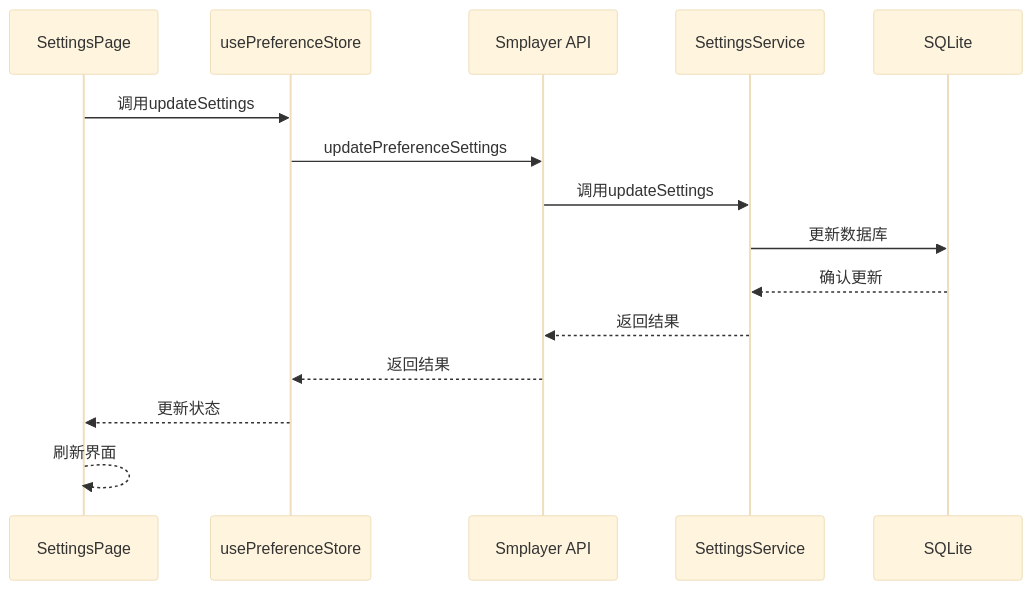
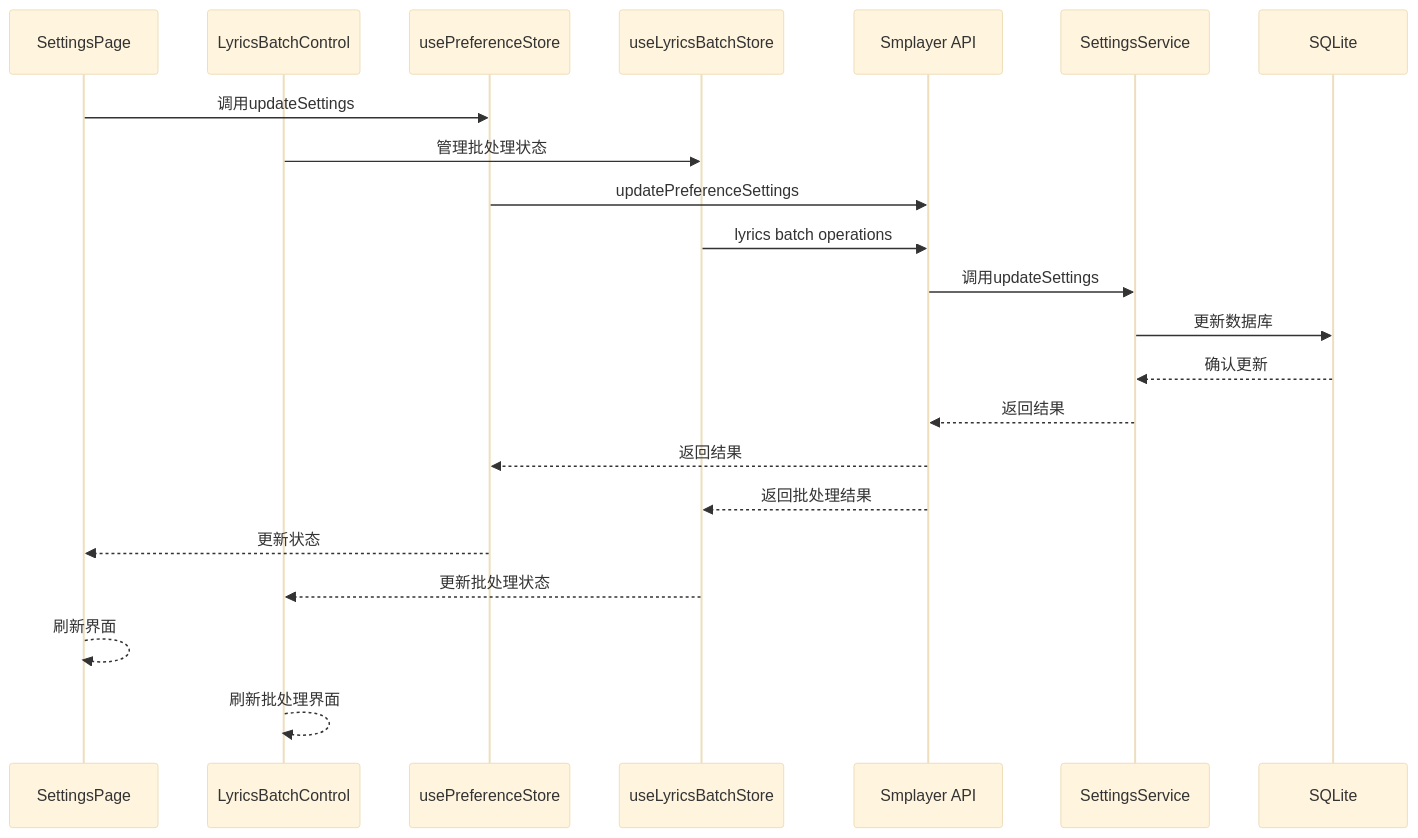
The ninth of 13 diagrams in .qoder/repowiki/zh/content/用户界面/页面设计/专用页面组件/设置页面.md (SeakyLuo/SMPlayerElectron), drawn with Mermaid (base theme) before and after one commit. The commit also changed other lines of this file and 13 other files, not shown here.

````diff
--- a/.qoder/repowiki/zh/content/用户界面/页面设计/专用页面组件/设置页面.md
+++ b/.qoder/repowiki/zh/content/用户界面/页面设计/专用页面组件/设置页面.md
@@ -375,17 +455,24 @@
 ```mermaid
 sequenceDiagram
 participant SP as SettingsPage
+participant LBC as LyricsBatchControl
 participant UPS as usePreferenceStore
+participant ULBS as useLyricsBatchStore
 participant API as Smplayer API
 participant SS as SettingsService
 participant DB as SQLite
 SP->>UPS : 调用updateSettings
+LBC->>ULBS : 管理批处理状态
 UPS->>API : updatePreferenceSettings
+ULBS->>API : lyrics batch operations
 API->>SS : 调用updateSettings
 SS->>DB : 更新数据库
 DB-->>SS : 确认更新
 SS-->>API : 返回结果
 API-->>UPS : 返回结果
+API-->>ULBS : 返回批处理结果
 UPS-->>SP : 更新状态
+ULBS-->>LBC : 更新批处理状态
 SP-->>SP : 刷新界面
+LBC-->>LBC : 刷新批处理界面
 ```
````
